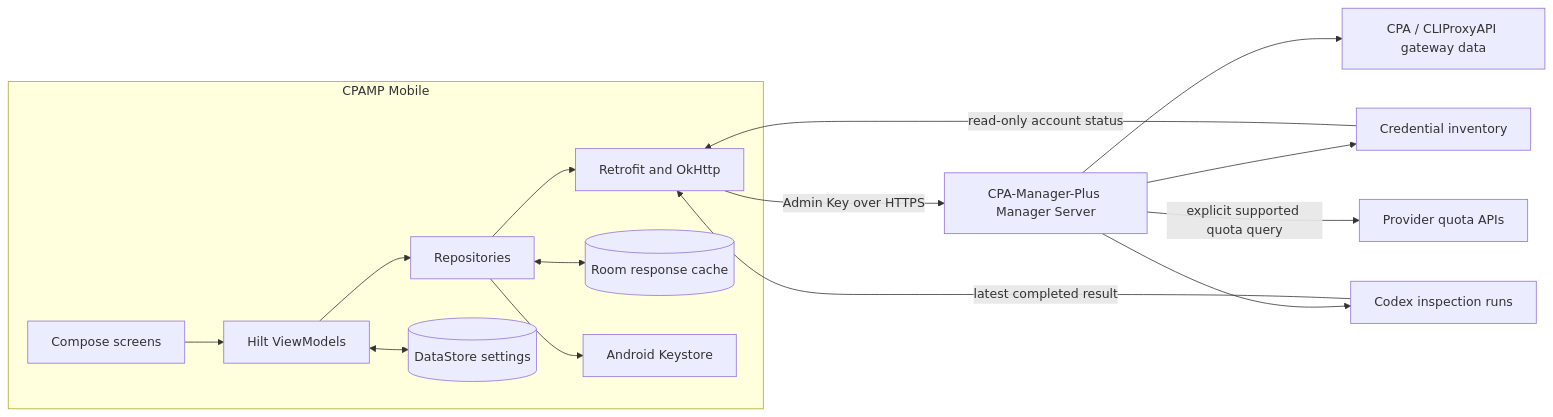
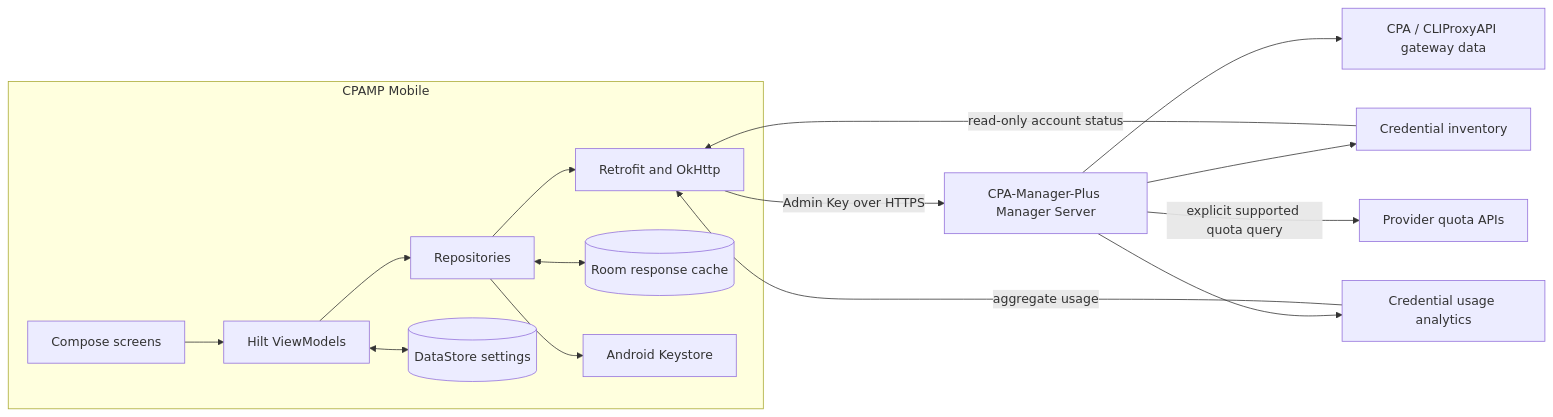
Before and after one commit to qaz6750/CPAMP-Mobile: the diagram in README.md, drawn with Mermaid. The commit also changed other lines of this file and 9 other files, not shown here.

````diff
--- a/README.md
+++ b/README.md
@@ -62,26 +62,26 @@
 ```mermaid
 flowchart LR
 	subgraph Android[CPAMP Mobile]
 		UI[Compose screens]
 		VM[Hilt ViewModels]
 		Repositories[Repositories]
 		HTTP[Retrofit and OkHttp]
 		Room[(Room response cache)]
 		Preferences[(DataStore settings)]
 		Keystore[Android Keystore]
 
 		UI --> VM --> Repositories
 		Repositories --> HTTP
 		Repositories <--> Room
 		VM <--> Preferences
 		Repositories --> Keystore
 	end
 
 	HTTP -->|Admin Key over HTTPS| Manager[CPA-Manager-Plus Manager Server]
 	Manager --> Gateway[CPA / CLIProxyAPI gateway data]
 	Manager --> Inventory[Credential inventory]
-	Manager --> Inspection[Codex inspection runs]
+	Manager --> Analytics[Credential usage analytics]
 	Inventory -->|read-only account status| HTTP
-	Inspection -->|latest completed result| HTTP
+	Analytics -->|aggregate usage| HTTP
 	Manager -->|explicit supported quota query| Providers[Provider quota APIs]
 ```
````
